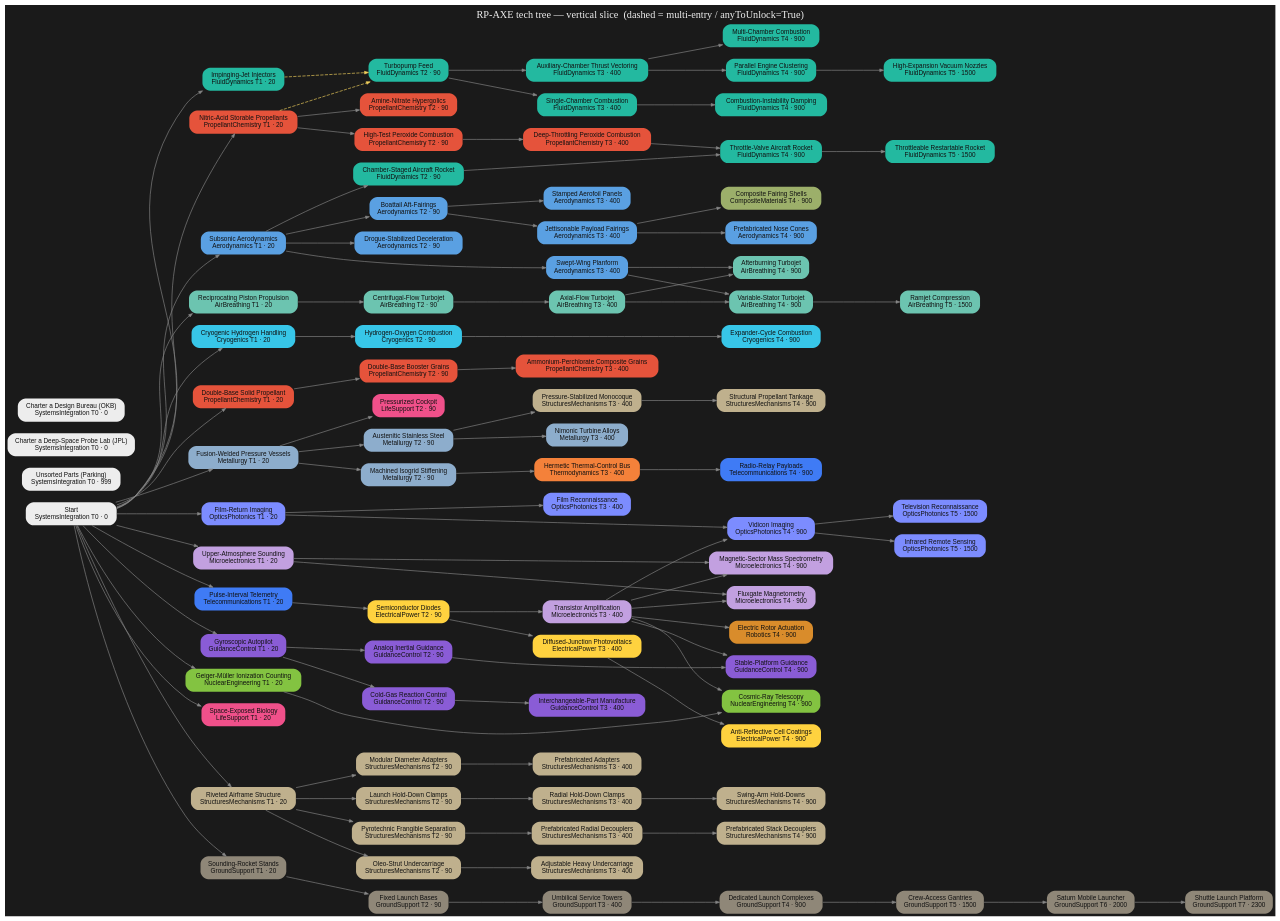
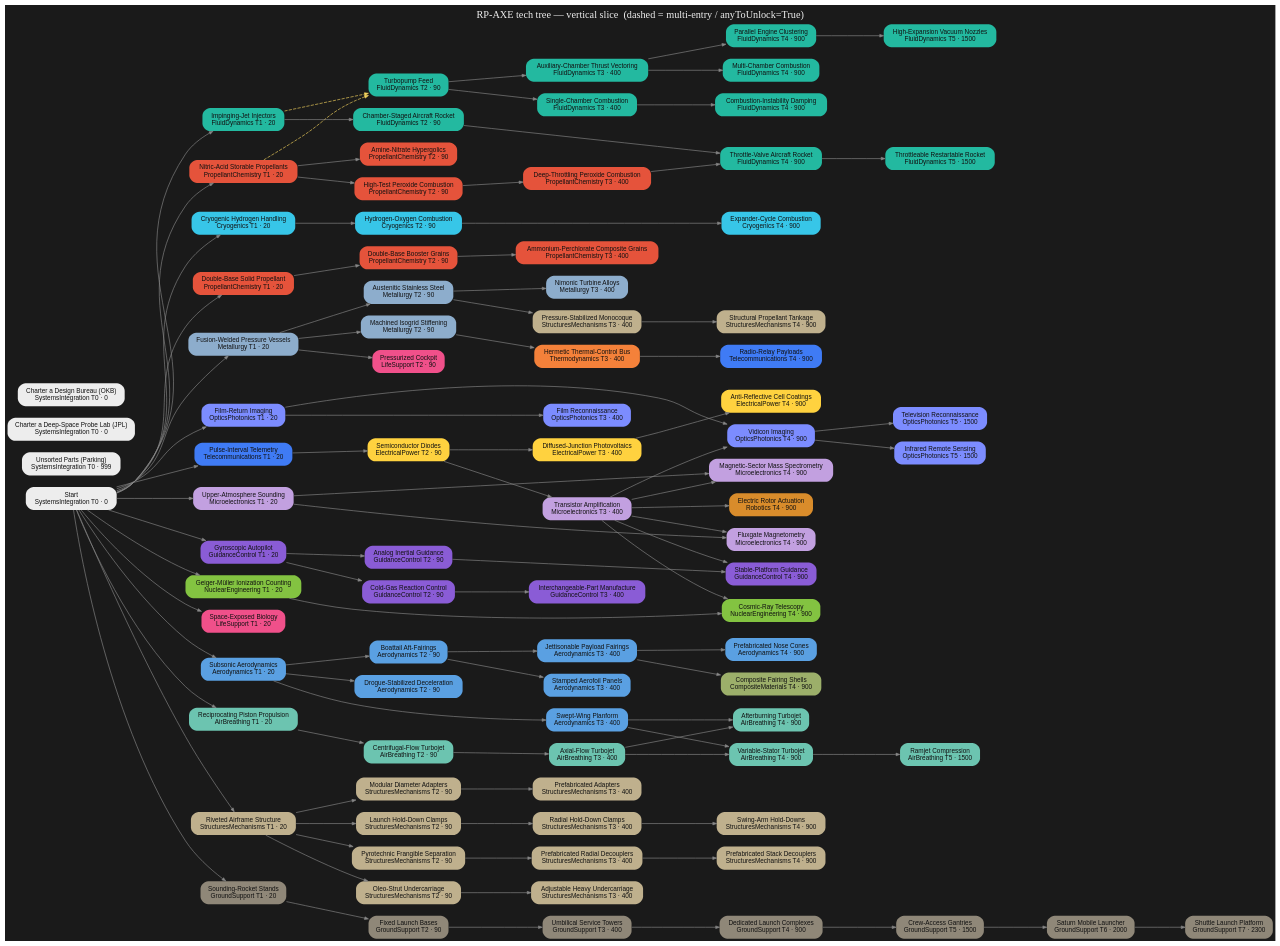
One commit to miskoltrans/RP-AXE changed the diagram in tree/render/axe-tree.dot. Above: the diagram before and after it, drawn with Graphviz. The commit also changed 4 other files, not shown here.

First line of the commit message:
tree(band1): re-root Chamber-Staged Aircraft Rocket onto Impinging-Jet Injectors

```diff
--- a/tree/render/axe-tree.dot
+++ b/tree/render/axe-tree.dot
@@ -146,7 +146,7 @@
   "str_structuralHardware" -> "str_landingGear" [style=solid];
   "str_landingGear" -> "str_adjustableGear" [style=solid];
   "prop_recipEngine" -> "av_centrifugalJet" [style=solid];
-  "aero_subsonicWing" -> "fd_rocketplaneRocket" [style=solid];
+  "fd_injectors" -> "fd_rocketplaneRocket" [style=solid];
   "av_centrifugalJet" -> "av_axialJet" [style=solid];
   "aero_subsonicWing" -> "aero_supersonicWing" [style=solid];
   "av_axialJet" -> "av_afterburner" [style=solid];
```
